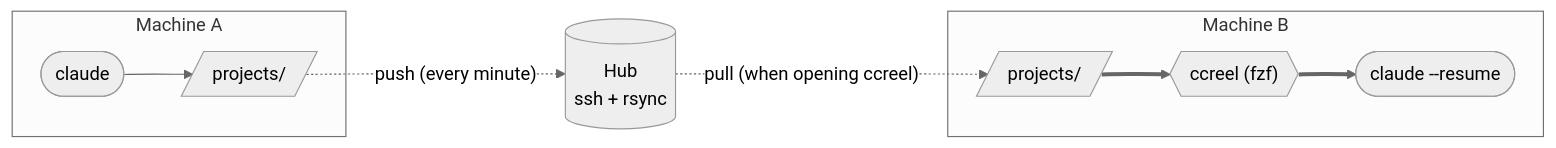
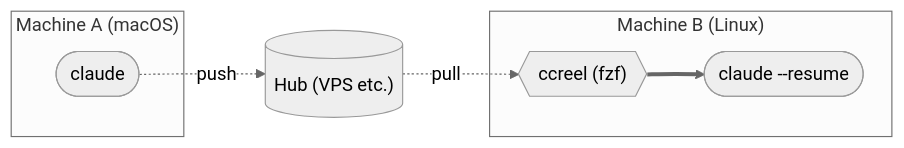
One commit to yktsnet/ccreel changed the second of 2 diagrams in README.en.md. Above: the diagram before and after it, drawn with Mermaid (neutral theme). The commit also changed 1 other file, not shown here.

Commit message:
docs: draw the cross-machine diagram as A to hub to B

````diff
--- a/README.en.md
+++ b/README.en.md
@@ -62,12 +62,11 @@
 ```mermaid
 flowchart LR
-  subgraph A["Machine A"]
-    ca(["claude"]) --> pa[/"projects/"/]
+  subgraph A["Machine A (macOS)"]
+    ca(["claude"])
   end
-  hub[("Hub<br/>ssh + rsync")]
-  subgraph B["Machine B"]
-    pb[/"projects/"/] ==> fzf{{"ccreel (fzf)"}} ==> cl(["claude --resume"])
+  hub[("Hub (VPS etc.)")]
+  subgraph B["Machine B (Linux)"]
+    fb{{"ccreel (fzf)"}} ==> rb(["claude --resume"])
   end
-  pa -.->|"push (every minute)"| hub
-  hub -.->|"pull (when opening ccreel)"| pb
+  ca -.->|push| hub -.->|pull| fb
 ```
````
